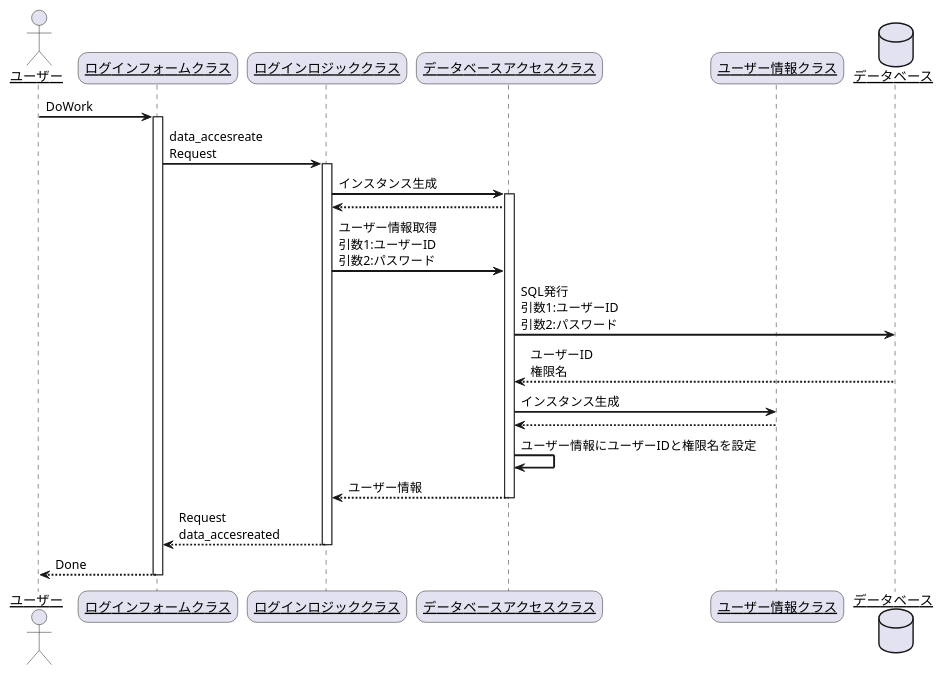
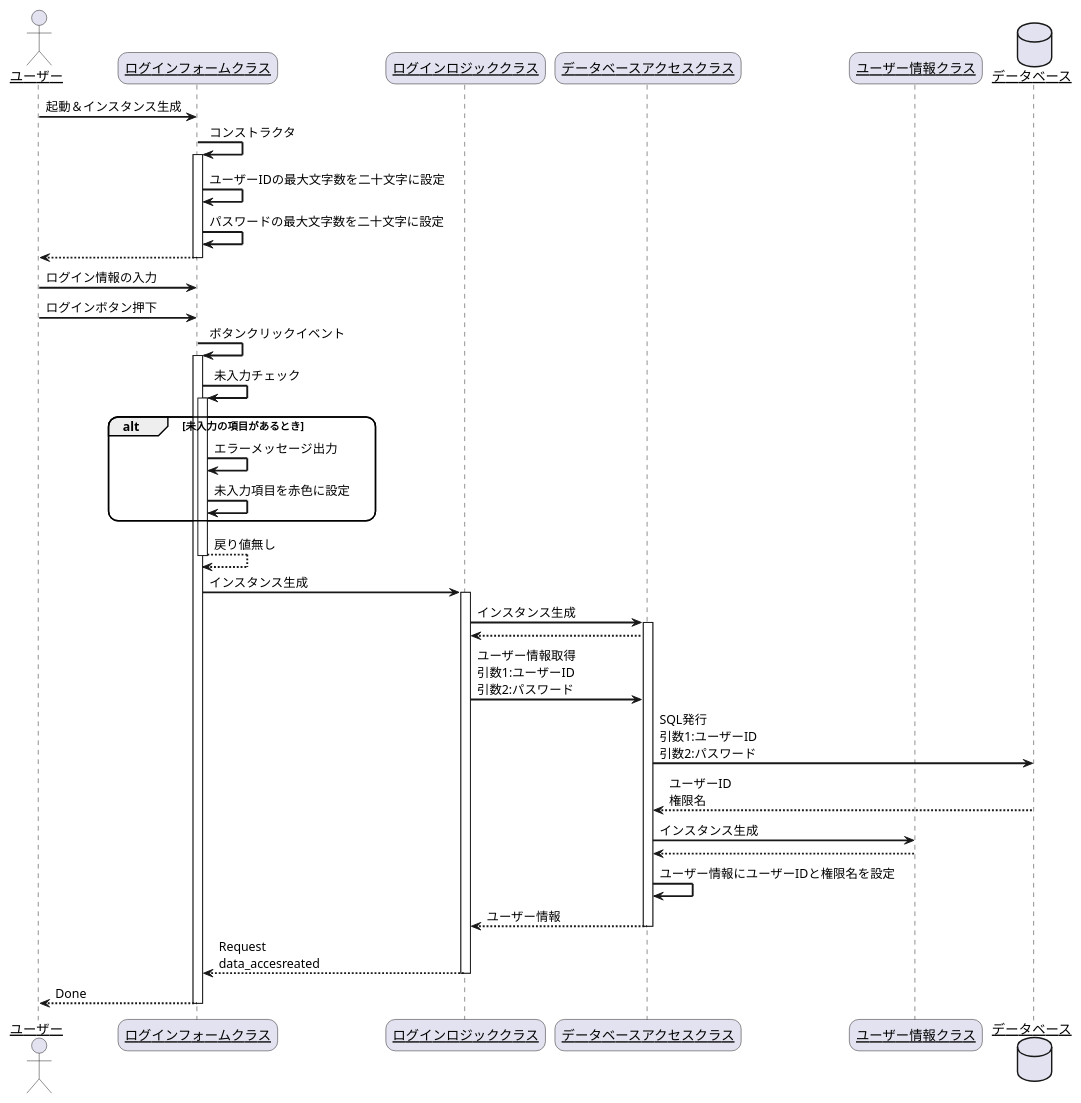
Before and after one commit to R-SAIKI/practiceUML: the diagram in シーケンス図/ログイン.pu, drawn with PlantUML.

Commit message:
シーケンス図作成途中

```diff
--- a/シーケンス図/ログイン.pu
+++ b/シーケンス図/ログイン.pu
@@ -1,40 +1,58 @@
 @startuml
 skinparam sequenceArrowThickness 2
 skinparam roundcorner 20
 skinparam maxmessagesize 60
 skinparam sequenceParticipant underline
 
 actor "ユーザー" as user
 participant "ログインフォームクラス" as login_form
 participant "ログインロジッククラス" as login_logic
 participant "データベースアクセスクラス" as data_acces
 participant "ユーザー情報クラス" as user_info
 database "データベース" as db
 
-user -> login_form: DoWork
+user -> login_form: 起動＆インスタンス生成
+login_form -> login_form: コンストラクタ
+activate login_form
+login_form -> login_form:ユーザーIDの最大文字数を二十文字に設定
+login_form -> login_form:パスワードの最大文字数を二十文字に設定
+
+login_form --> user:
+deactivate login_form
+user -> login_form: ログイン情報の入力
+user -> login_form: ログインボタン押下
+login_form -> login_form: ボタンクリックイベント
 activate login_form
 
-login_form -> login_logic: data_accesreate Request
+login_form -> login_form: 未入力チェック
+activate login_form
+alt 未入力の項目があるとき
+    login_form -> login_form: エラーメッセージ出力
+    login_form -> login_form: 未入力項目を赤色に設定
+end
+login_form --> login_form:戻り値無し
+deactivate login_form
+login_form -> login_logic: インスタンス生成
 activate login_logic
 
 login_logic -> data_acces: インスタンス生成
 activate data_acces
 data_acces --> login_logic:
 login_logic -> data_acces: ユーザー情報取得 引数1:ユーザーID 引数2:パスワード
 
 
 data_acces -> db: SQL発行 引数1:ユーザーID 引数2:パスワード
 db --> data_acces: ユーザーID 権限名
 data_acces -> user_info: インスタンス生成
 user_info --> data_acces:
 data_acces -> data_acces: ユーザー情報にユーザーIDと権限名を設定
 data_acces --> login_logic: ユーザー情報
 deactivate data_acces
 
 login_logic --> login_form: Request data_accesreated
 deactivate login_logic
 
 login_form --> user: Done
 deactivate login_form
 
 @enduml
```
